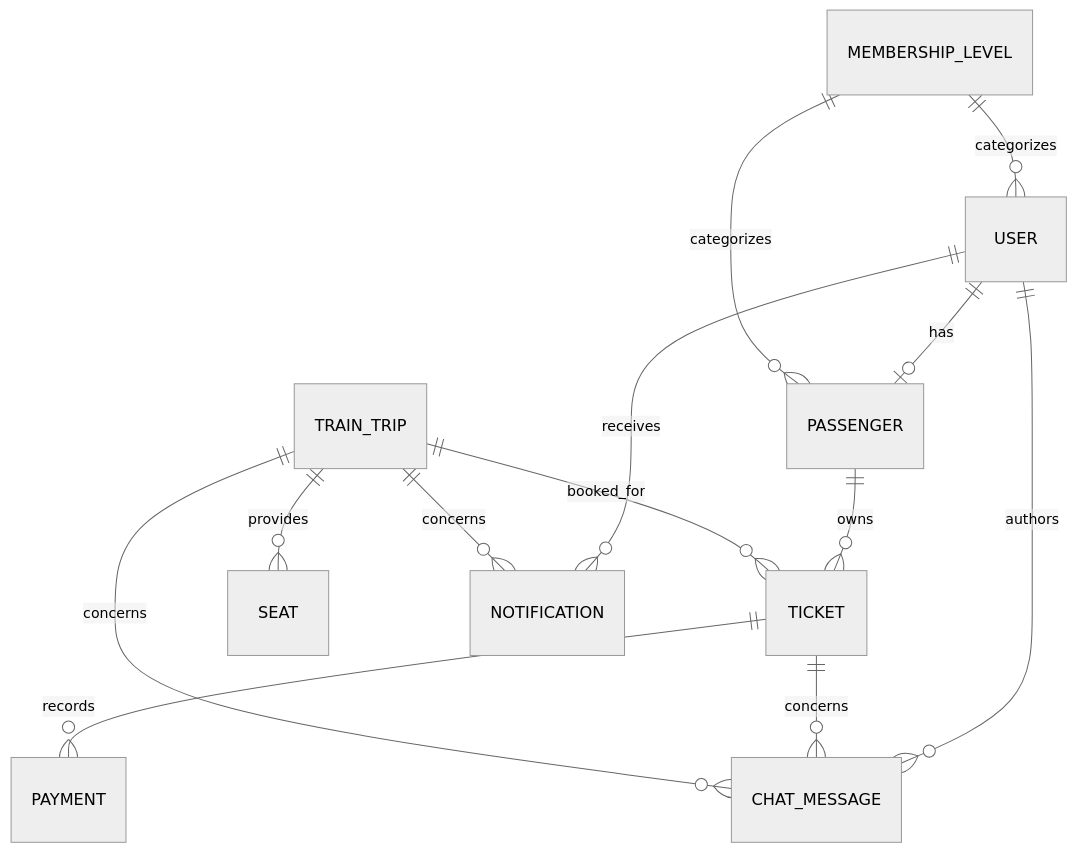
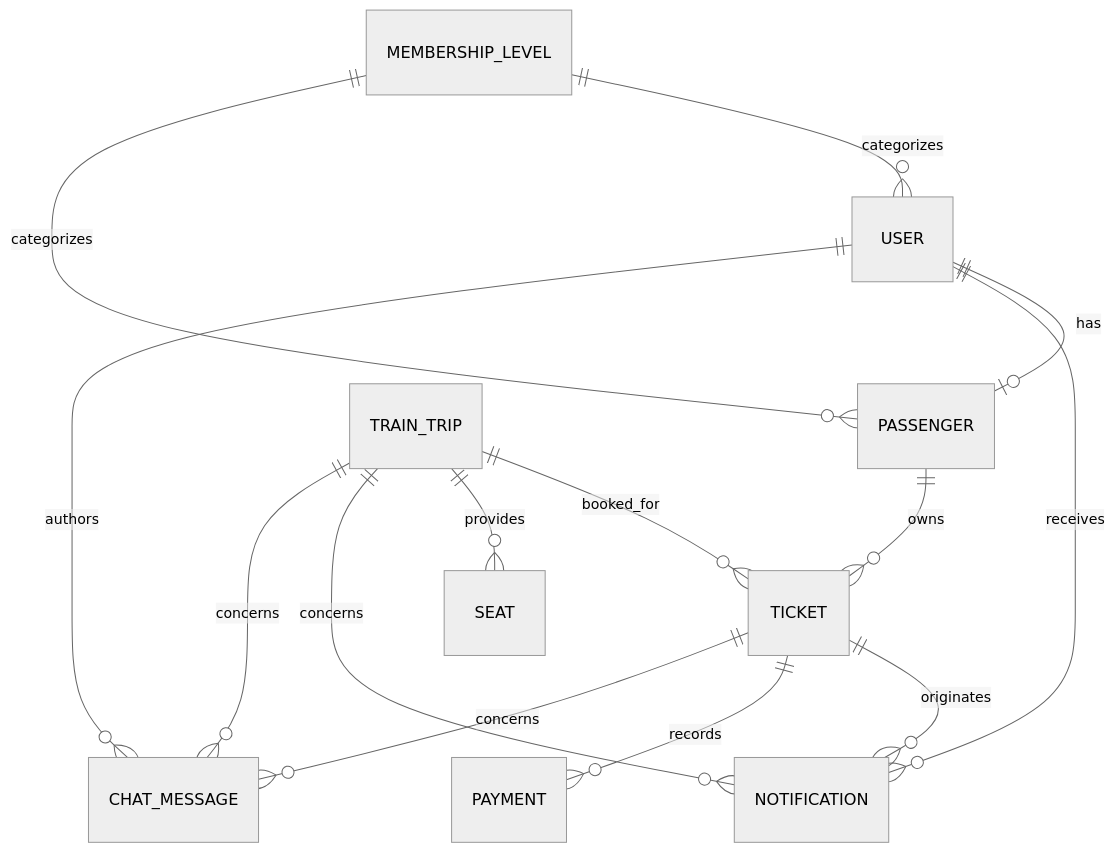
The fourth of 4 diagrams in docs/architecture.md (hs14235/Trainline), drawn with Mermaid (neutral theme) before and after one commit. The commit also changed other lines of this file and 33 other files, not shown here.

```diff
--- a/docs/architecture.md
+++ b/docs/architecture.md
@@ -121,15 +122,16 @@
 ~~~mermaid
 erDiagram
     USER ||--o| PASSENGER : has
     MEMBERSHIP_LEVEL ||--o{ USER : categorizes
     MEMBERSHIP_LEVEL ||--o{ PASSENGER : categorizes
     PASSENGER ||--o{ TICKET : owns
     TRAIN_TRIP ||--o{ TICKET : booked_for
     TRAIN_TRIP ||--o{ SEAT : provides
     USER ||--o{ NOTIFICATION : receives
     TRAIN_TRIP ||--o{ NOTIFICATION : concerns
+    TICKET ||--o{ NOTIFICATION : originates
     TICKET ||--o{ PAYMENT : records
     USER ||--o{ CHAT_MESSAGE : authors
     TICKET ||--o{ CHAT_MESSAGE : concerns
     TRAIN_TRIP ||--o{ CHAT_MESSAGE : concerns
 ~~~
```
